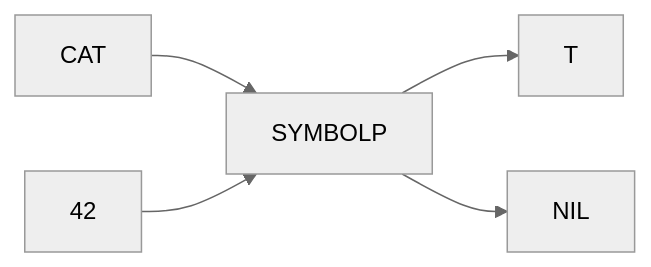
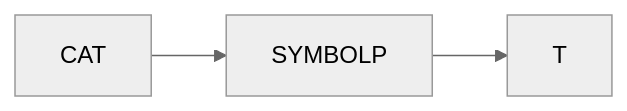
The third of 7 diagrams in docs/devcommonlisplab/functions-and-data.md (bahyway/DevCommonLispLAB), drawn with Mermaid (neutral theme) before and after one commit. The commit also changed other lines of this file, not shown here.

````diff
--- a/docs/devcommonlisplab/functions-and-data.md
+++ b/docs/devcommonlisplab/functions-and-data.md
@@ -37,5 +39,5 @@
 ```mermaid
 flowchart LR 
-CAT --> SYMBOLP --> T
-42 --> SYMBOLP --> NIL
+CAT --> SYMBOLP 
+SYMBOLP --> T
 ```
````
